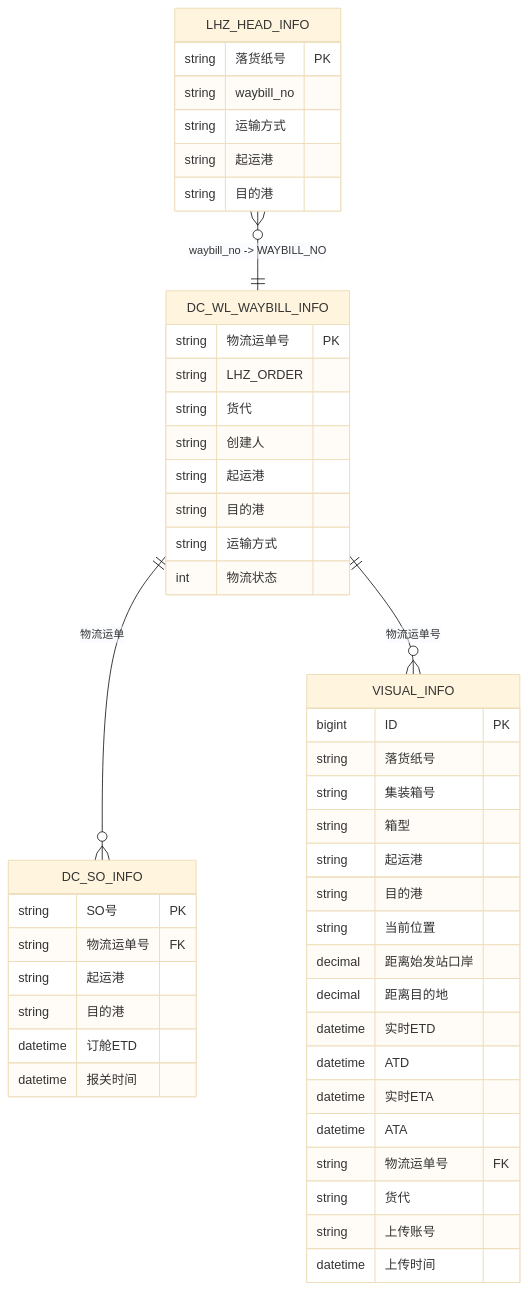
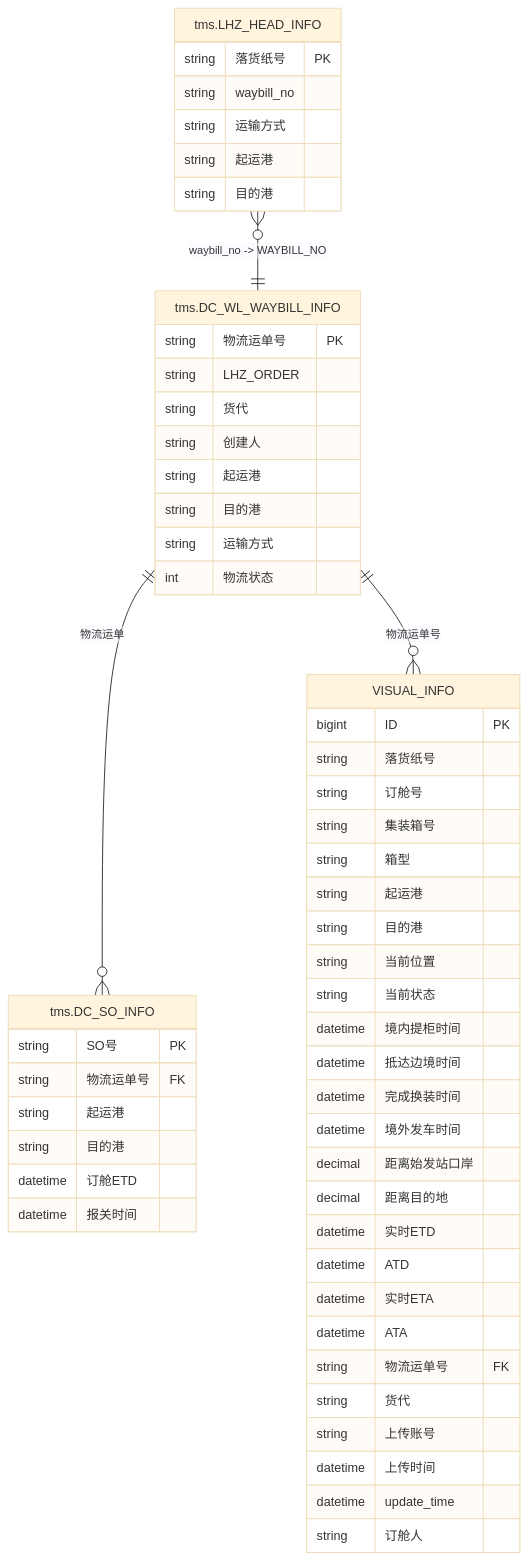
Before and after one commit to bdgoodbr/xuyou: the fifth of 6 diagrams in Desktop/HTM/中远海/00-HTM功能汇总/02-订舱管理-铁运订舱管理.md, drawn with Mermaid (base theme). The commit also changed other lines of this file and 1 other file, not shown here.

````diff
--- a/Desktop/HTM/中远海/00-HTM功能汇总/02-订舱管理-铁运订舱管理.md
+++ b/Desktop/HTM/中远海/00-HTM功能汇总/02-订舱管理-铁运订舱管理.md
@@ -1681,54 +2327,62 @@
 ```mermaid
 erDiagram
-    LHZ_HEAD_INFO }o--|| DC_WL_WAYBILL_INFO : "waybill_no -> WAYBILL_NO"
-    DC_WL_WAYBILL_INFO ||--o{ DC_SO_INFO : "物流运单"
-    DC_WL_WAYBILL_INFO ||--o{ VISUAL_INFO : "物流运单号"
+    tms.LHZ_HEAD_INFO }o--|| tms.DC_WL_WAYBILL_INFO : "waybill_no -> WAYBILL_NO"
+    tms.DC_WL_WAYBILL_INFO ||--o{ tms.DC_SO_INFO : "物流运单"
+    tms.DC_WL_WAYBILL_INFO ||--o{ VISUAL_INFO : "物流运单号"
     
-    LHZ_HEAD_INFO {
+    tms.LHZ_HEAD_INFO {
         string 落货纸号 PK
         string waybill_no
         string 运输方式
         string 起运港
         string 目的港
     }
     
-    DC_WL_WAYBILL_INFO {
+    tms.DC_WL_WAYBILL_INFO {
         string 物流运单号 PK
         string LHZ_ORDER
         string 货代
         string 创建人
         string 起运港
         string 目的港
         string 运输方式
         int 物流状态
     }
     
-    DC_SO_INFO {
+    tms.DC_SO_INFO {
         string SO号 PK
         string 物流运单号 FK
         string 起运港
         string 目的港
         datetime 订舱ETD
         datetime 报关时间
     }
     
     VISUAL_INFO {
         bigint ID PK
         string 落货纸号
+        string 订舱号
         string 集装箱号
         string 箱型
         string 起运港
         string 目的港
         string 当前位置
+        string 当前状态
+        datetime 境内提柜时间
+        datetime 抵达边境时间
+        datetime 完成换装时间
+        datetime 境外发车时间
         decimal 距离始发站口岸
         decimal 距离目的地
         datetime 实时ETD
         datetime ATD
         datetime 实时ETA
         datetime ATA
         string 物流运单号 FK
         string 货代
         string 上传账号
         datetime 上传时间
+        datetime update_time
+        string 订舱人
     }
 ```
````
